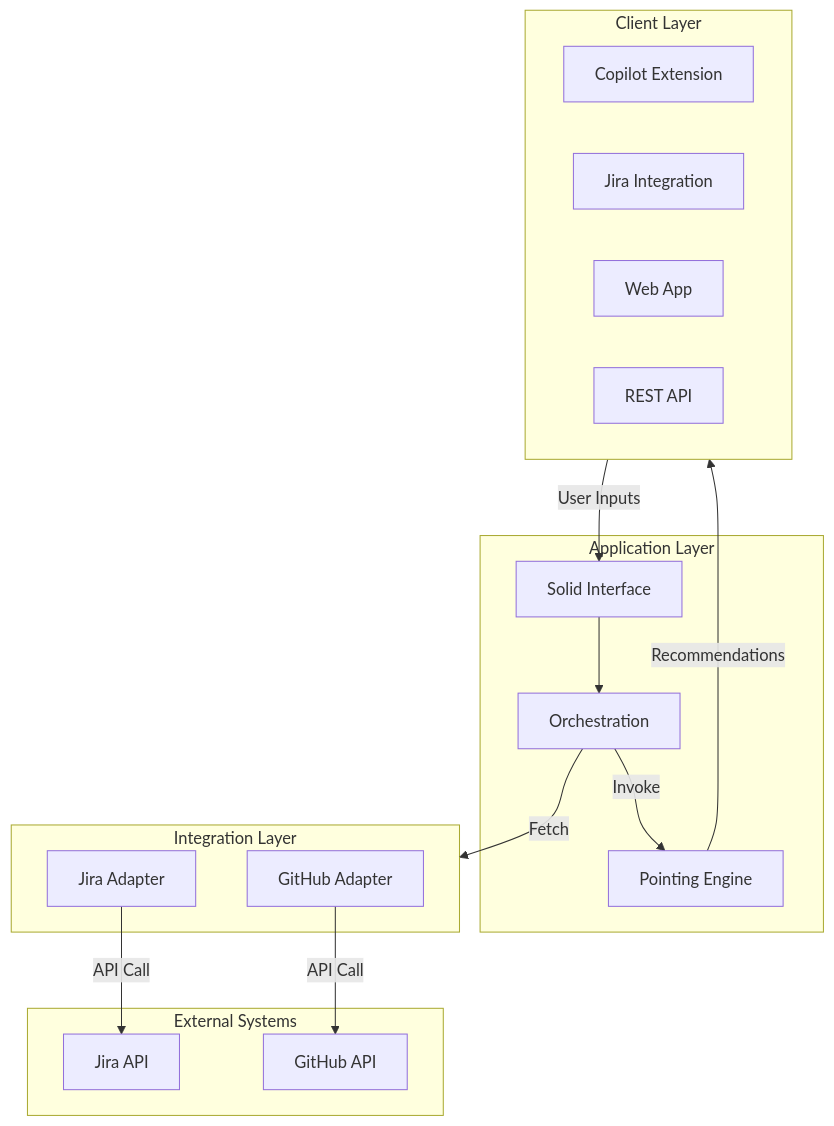
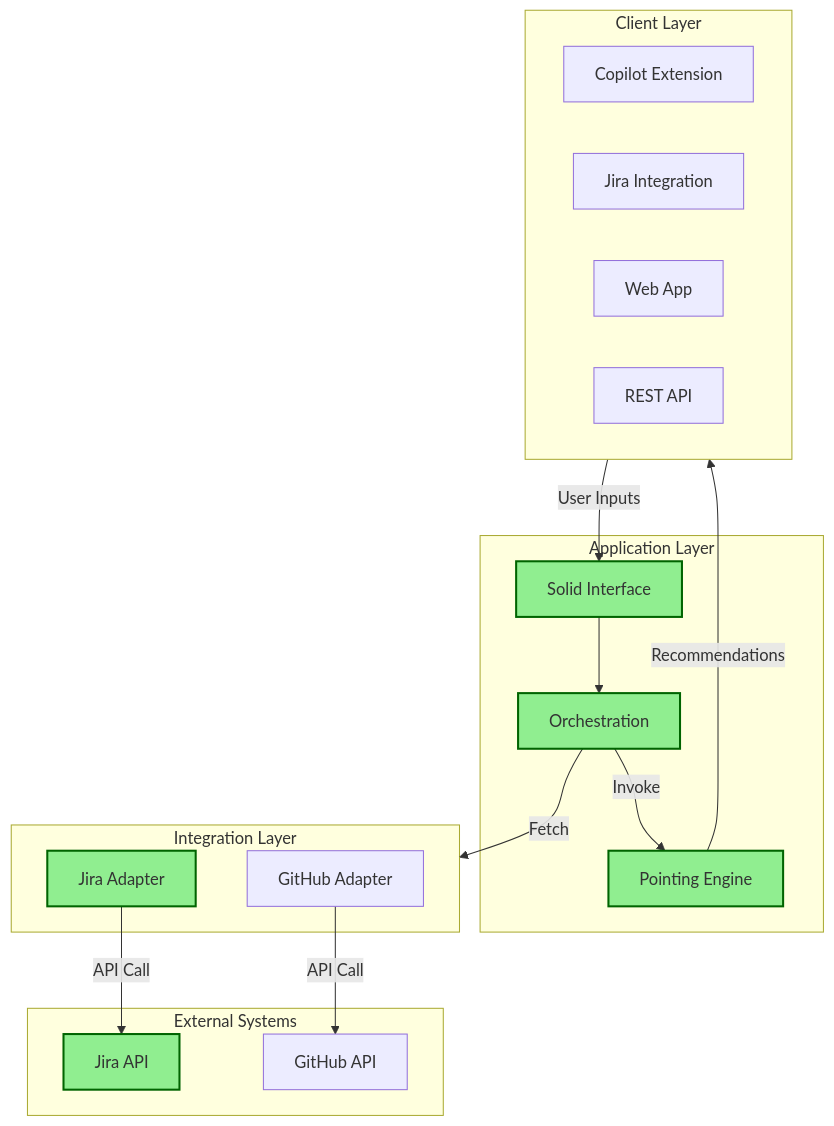
The diagram in ARCHITECTURE.mmd (stevenrein20/point.less), drawn with Mermaid before and after one commit. The commit also changed 1 other file, not shown here.

Commit message:
docs: update architecture and readme files
Add style definitions for completed components in the architecture diagram and enhance the README with detailed project structure and features

```diff
--- a/ARCHITECTURE.mmd
+++ b/ARCHITECTURE.mmd
@@ -1,33 +1,36 @@
 
 graph TD
+
+%% Style definitions for completed components
+classDef completed fill:#90EE90,stroke:#006400,stroke-width:2px
 
 subgraph Client[Client Layer]
     UI[Copilot Extension]
     UI2[Jira Integration]
     UI3[Web App]
     UI4[REST API]
 end
 
 subgraph Logic[Application Layer]
-    Interface[Solid Interface]
-    Orchestration[Orchestration]
-    CoreEngine[Pointing Engine]
+    Interface[Solid Interface]:::completed
+    Orchestration[Orchestration]:::completed
+    CoreEngine[Pointing Engine]:::completed
 end
 
 subgraph Integration[Integration Layer]
-    AdapterJira[Jira Adapter]
+    AdapterJira[Jira Adapter]:::completed
     AdapterGitHub[GitHub Adapter]
 end
 
 subgraph External[External Systems]
-    JiraAPI[Jira API]
+    JiraAPI[Jira API]:::completed
     GitHubAPI[GitHub API]
 end
 
 Client -->|User Inputs| Interface
 Interface --> Orchestration
 Orchestration -->|Fetch| Integration
 AdapterJira -->|API Call| JiraAPI
 AdapterGitHub -->|API Call| GitHubAPI
 Orchestration -->|Invoke| CoreEngine
 CoreEngine -->|Recommendations| Client
```
